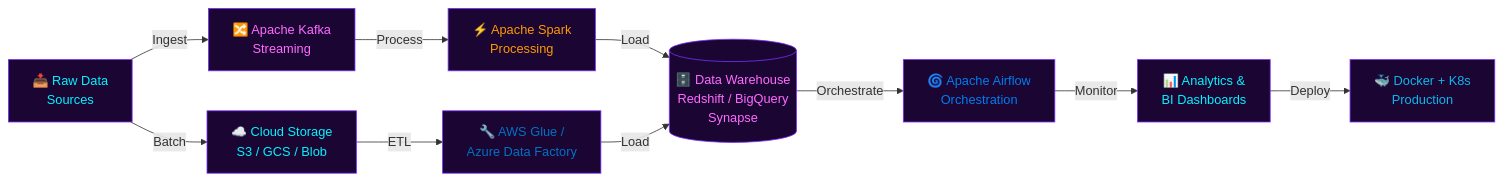
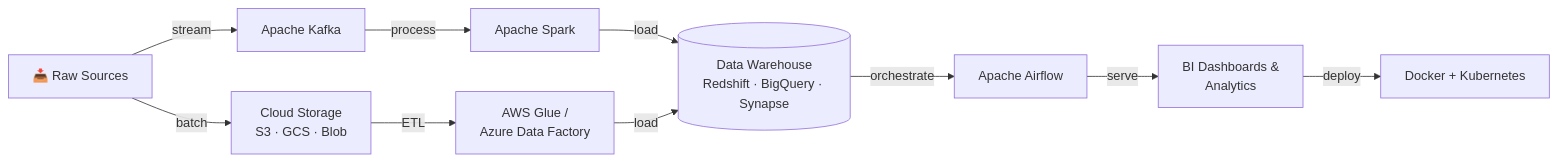
The diagram in README.md (Vinothjv10/Vinothjv10), drawn with Mermaid before and after one commit. The commit also changed other lines of this file, not shown here.

````diff
--- a/README.md
+++ b/README.md
@@ -327,22 +80,11 @@
 ```mermaid
 flowchart LR
-    A[📥 Raw Data\nSources] -->|Ingest| B[🔀 Apache Kafka\nStreaming]
-    A -->|Batch| C[☁️ Cloud Storage\nS3 / GCS / Blob]
-    B -->|Process| D[⚡ Apache Spark\nProcessing]
-    C -->|ETL| E[🔧 AWS Glue /\nAzure Data Factory]
-    D -->|Load| F[(🗄️ Data Warehouse\nRedshift / BigQuery\nSynapse)]
-    E -->|Load| F
-    F -->|Orchestrate| G[🌀 Apache Airflow\nOrchestration]
-    G -->|Monitor| H[📊 Analytics &\nBI Dashboards]
-    H -->|Deploy| I[🐳 Docker + K8s\nProduction]
-
-    style A fill:#1a0533,color:#00f5ff,stroke:#7b2fff
-    style B fill:#1a0533,color:#FF6BFF,stroke:#7b2fff
-    style C fill:#1a0533,color:#00f5ff,stroke:#7b2fff
-    style D fill:#1a0533,color:#FF9900,stroke:#7b2fff
-    style E fill:#1a0533,color:#0072C6,stroke:#7b2fff
-    style F fill:#1a0533,color:#FF6BFF,stroke:#7b2fff
-    style G fill:#1a0533,color:#017CEE,stroke:#7b2fff
-    style H fill:#1a0533,color:#00f5ff,stroke:#7b2fff
-    style I fill:#1a0533,color:#0db7ed,stroke:#7b2fff
+    A[📥 Raw Sources] -->|stream| B[Apache Kafka]
+    A -->|batch| C[Cloud Storage\nS3 · GCS · Blob]
+    B -->|process| D[Apache Spark]
+    C -->|ETL| E[AWS Glue /\nAzure Data Factory]
+    D & E -->|load| F[(Data Warehouse\nRedshift · BigQuery · Synapse)]
+    F -->|orchestrate| G[Apache Airflow]
+    G -->|serve| H[BI Dashboards &\nAnalytics]
+    H -->|deploy| I[Docker + Kubernetes]
 ```
````
